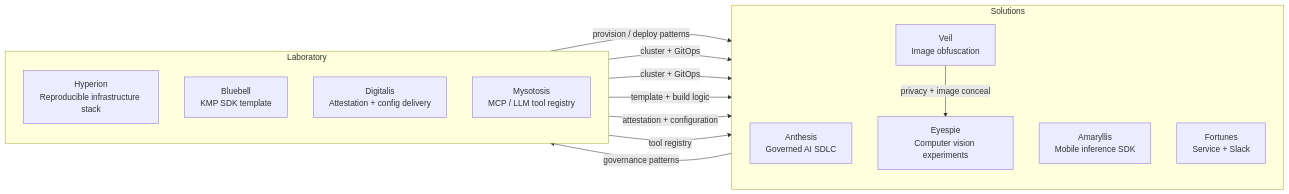
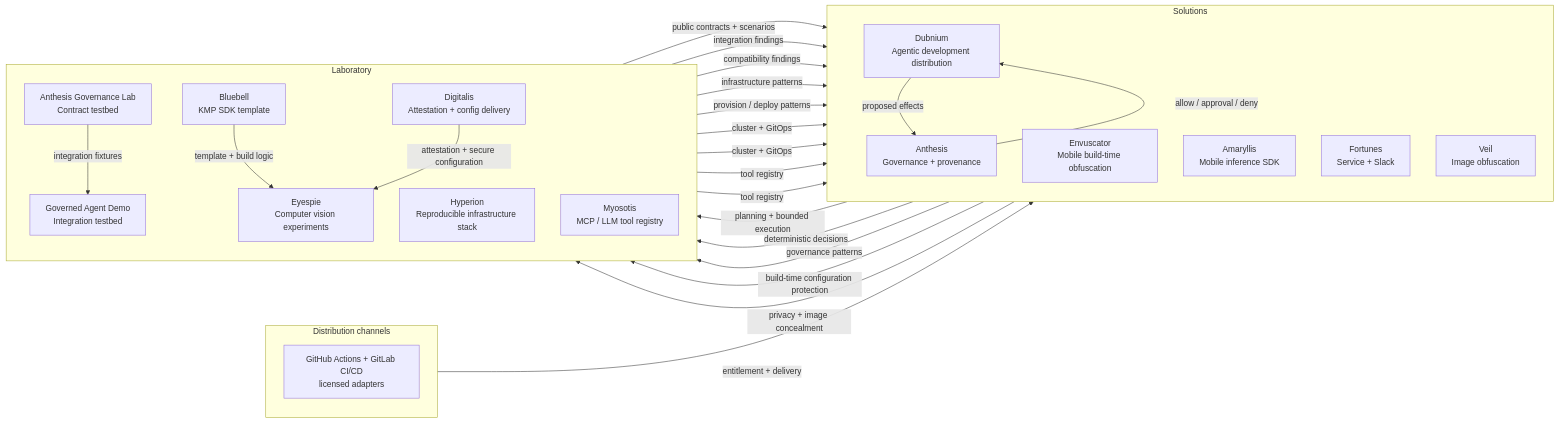
The second of 2 diagrams in profile/README.md (hackelia-micrantha/.github), drawn with Mermaid before and after one commit. The commit also changed other lines of this file, not shown here.

First line of the commit message:
Position Dubnium and Envuscator in Micrantha ecosystem (#2)

````diff
--- a/profile/README.md
+++ b/profile/README.md
@@ -87,28 +89,52 @@
 ```mermaid
 flowchart LR
+  subgraph Delivery[Distribution channels]
+    direction TB
+    CI["GitHub Actions + GitLab CI/CD<br/>licensed adapters"]
+  end
+
   subgraph Sol[Solutions]
     direction TB
-    A["Anthesis<br/>Governed AI SDLC"]
+    DB["Dubnium<br/>Agentic development distribution"]
+    A["Anthesis<br/>Governance + provenance"]
+    EN["Envuscator<br/>Mobile build-time obfuscation"]
     M["Amaryllis<br/>Mobile inference SDK"]
     F["Fortunes<br/>Service + Slack"]
     V["Veil<br/>Image obfuscation"]
-    E["Eyespie<br/>Computer vision experiments"]
   end
 
   subgraph Lab[Laboratory]
     direction TB
+    GL["Anthesis Governance Lab<br/>Contract testbed"]
+    GD["Governed Agent Demo<br/>Integration testbed"]
     H["Hyperion<br/>Reproducible infrastructure stack"]
     B["Bluebell<br/>KMP SDK template"]
     D["Digitalis<br/>Attestation + config delivery"]
-    Y["Mysotosis<br/>MCP / LLM tool registry"]
+    Y["Myosotis<br/>MCP / LLM tool registry"]
+    E["Eyespie<br/>Computer vision experiments"]
   end
 
+  DB -->|proposed effects| A
+  A -->|allow / approval / deny| DB
+
+  GL -->|public contracts + scenarios| A
+  GL -->|integration fixtures| GD
+  DB -->|planning + bounded execution| GD
+  A -->|deterministic decisions| GD
+  GD -->|integration findings| DB
+  GD -->|compatibility findings| A
+
+  H -->|infrastructure patterns| DB
   H -->|provision / deploy patterns| A
+  A -->|governance patterns| H
   H -->|cluster + GitOps| F
   H -->|cluster + GitOps| V
+
+  CI -->|entitlement + delivery| EN
+  EN -->|build-time configuration protection| E
   B -->|template + build logic| E
-  D -->|attestation + configuration| E
+  D -->|attestation + secure configuration| E
+  V -->|privacy + image concealment| E
+  Y -->|tool registry| DB
   Y -->|tool registry| M
-  A -->|governance patterns| H
-  V -->|privacy + image conceal| E
 ```
````
